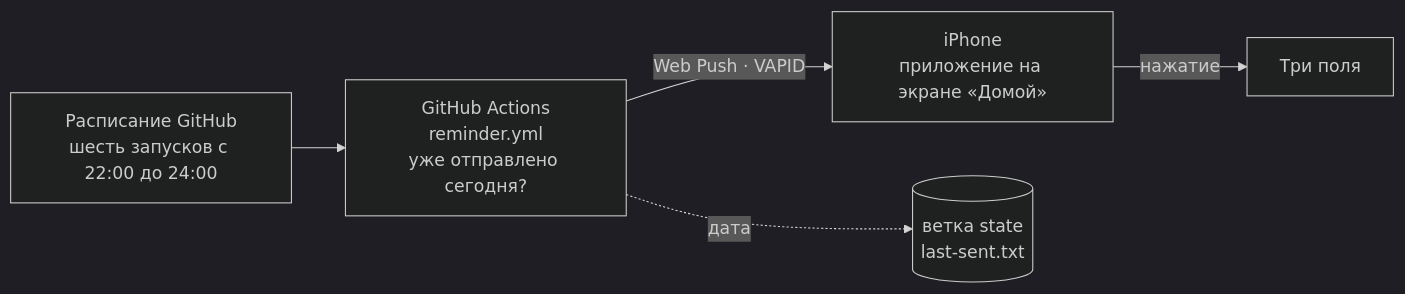
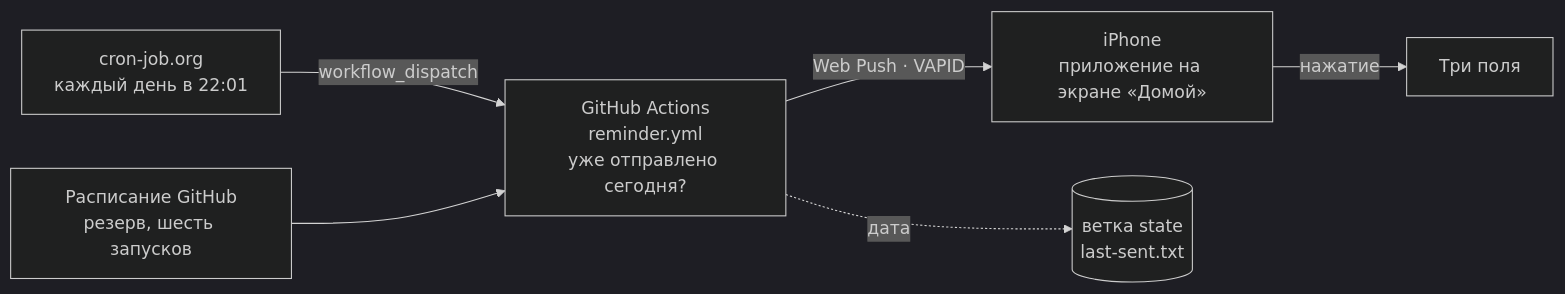
One commit to YILDIRIMZX/aksam-notu changed the diagram in README.ru.md. Above: the diagram before and after it, drawn with Mermaid (dark theme). The commit also changed other lines of this file and 8 other files, not shown here.

Commit message:
2.1.0: cron-job.org dış tetikleyicisi (source=cron), GitHub zamanlayıcısı yedek

````diff
--- a/README.ru.md
+++ b/README.ru.md
@@ -33,7 +33,8 @@
 ```mermaid
 flowchart LR
-  Cron["Расписание GitHub<br/>шесть запусков с 22:00 до 24:00"] --> GA
+  Ext["cron-job.org<br/>каждый день в 22:01"] -- "workflow_dispatch" --> GA
+  Cron["Расписание GitHub<br/>резерв, шесть запусков"] --> GA
   GA["GitHub Actions<br/>reminder.yml<br/>уже отправлено сегодня?"] -- "Web Push · VAPID" --> Phone["iPhone<br/>приложение на экране «Домой»"]
   GA -. "дата" .-> State[("ветка state<br/>last-sent.txt")]
   Phone -- "нажатие" --> Note["Три поля"]
 ```
````
